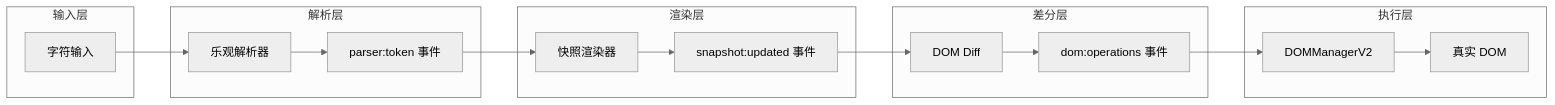
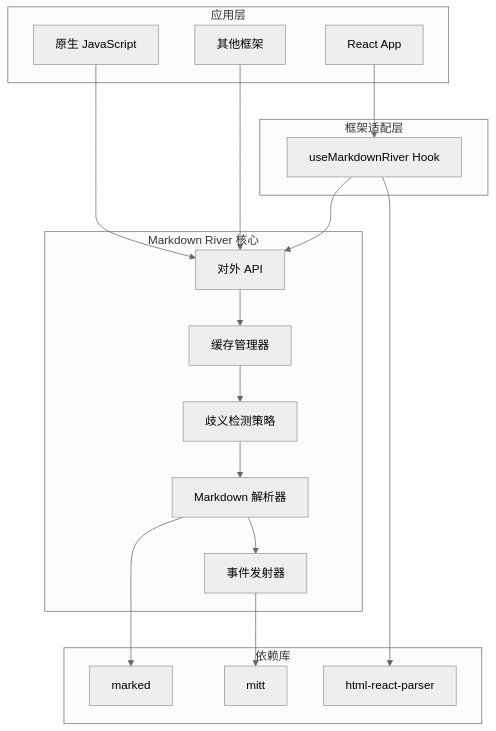
One commit to yarnovo/markdown-river changed the first of 9 diagrams in ARCHITECTURE.md. Above: the diagram before and after it, drawn with Mermaid (neutral theme). The commit also changed other lines of this file and 5 other files, not shown here.

Commit message:
feat: 启用 Claude 内存配置，更新 ARCHITECTURE.md 和 README.md 文档，优化描述以提升用户理解，确保流式 Markdown 渲染的无闪烁体验和组件的清晰性。同时，删除不再使用的博客文档，简化项目结构。

````diff
--- a/ARCHITECTURE.md
+++ b/ARCHITECTURE.md
@@ -126,26 +27,41 @@
 ```mermaid
-flowchart LR
-    subgraph "输入层"
-        INPUT[字符输入]
+graph TB
+    subgraph "应用层"
+        A1[React App]
+        A2[原生 JavaScript]
+        A3[其他框架]
     end
 
-    subgraph "解析层"
-        INPUT --> OP[乐观解析器]
-        OP --> TOKEN[parser:token 事件]
+    subgraph "框架适配层"
+        D1[useMarkdownRiver Hook]
     end
 
-    subgraph "渲染层"
-        TOKEN --> SNR[快照渲染器]
-        SNR --> SNAP[snapshot:updated 事件]
+    subgraph "Markdown River 核心"
+        B1[对外 API]
+        B2[缓存管理器]
+        B3[歧义检测策略]
+        B4[Markdown 解析器]
+        B5[事件发射器]
     end
 
-    subgraph "差分层"
-        SNAP --> DD[DOM Diff]
-        DD --> OPS[dom:operations 事件]
+    subgraph "依赖库"
+        C1[marked]
+        C2[mitt]
+        C3[html-react-parser]
     end
 
-    subgraph "执行层"
-        OPS --> DM[DOMManagerV2]
-        DM --> DOM[真实 DOM]
-    end
+    A1 --> D1
+    A2 --> B1
+    A3 --> B1
+
+    D1 --> B1
+    D1 --> C3
+
+    B1 --> B2
+    B2 --> B3
+    B3 --> B4
+    B4 --> B5
+
+    B4 --> C1
+    B5 --> C2
 ```
````
